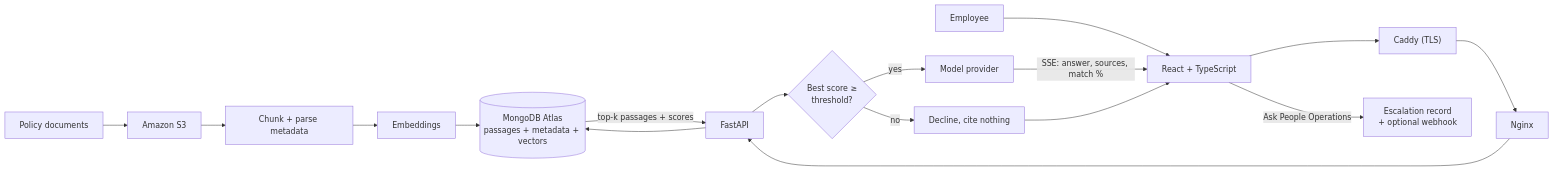
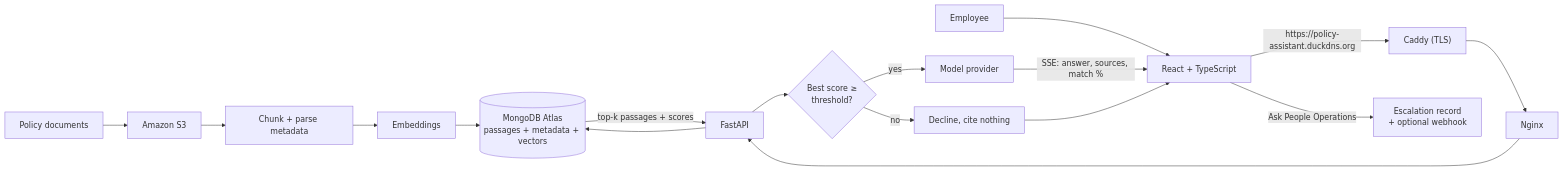
The diagram in README.md (CMSC495-GROUP3/CMSC495-CAP), drawn with Mermaid before and after one commit. The commit also changed other lines of this file, not shown here.

````diff
--- a/README.md
+++ b/README.md
@@ -37,20 +41,20 @@
 ```mermaid
 flowchart LR
     DOCS["Policy documents"] --> S3["Amazon S3"]
     S3 --> INGEST["Chunk + parse metadata"]
     INGEST --> EMBED["Embeddings"]
     EMBED --> MONGO[("MongoDB Atlas<br/>passages + metadata + vectors")]
 
     USER["Employee"] --> REACT["React + TypeScript"]
-    REACT --> CADDY["Caddy (TLS)"]
+    REACT -->|"https://policy-assistant.duckdns.org"| CADDY["Caddy (TLS)"]
     CADDY --> NGINX["Nginx"]
     NGINX --> API["FastAPI"]
     API --> MONGO
     MONGO -->|"top-k passages + scores"| API
     API --> GATE{"Best score ≥<br/>threshold?"}
     GATE -->|"no"| REFUSE["Decline, cite nothing"]
     GATE -->|"yes"| LLM["Model provider"]
     LLM -->|"SSE: answer, sources, match %"| REACT
     REFUSE --> REACT
     REACT -->|"Ask People Operations"| ESC["Escalation record<br/>+ optional webhook"]
 ```
````
